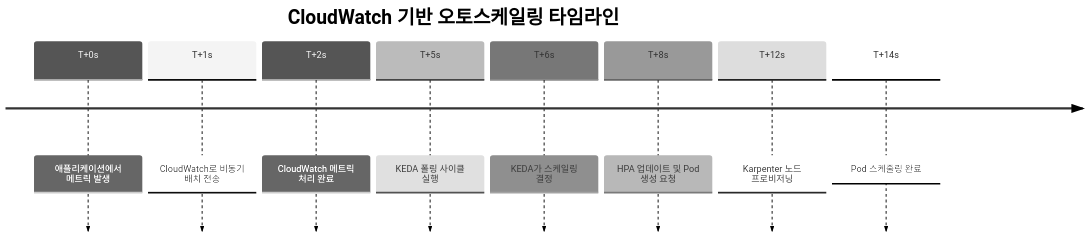
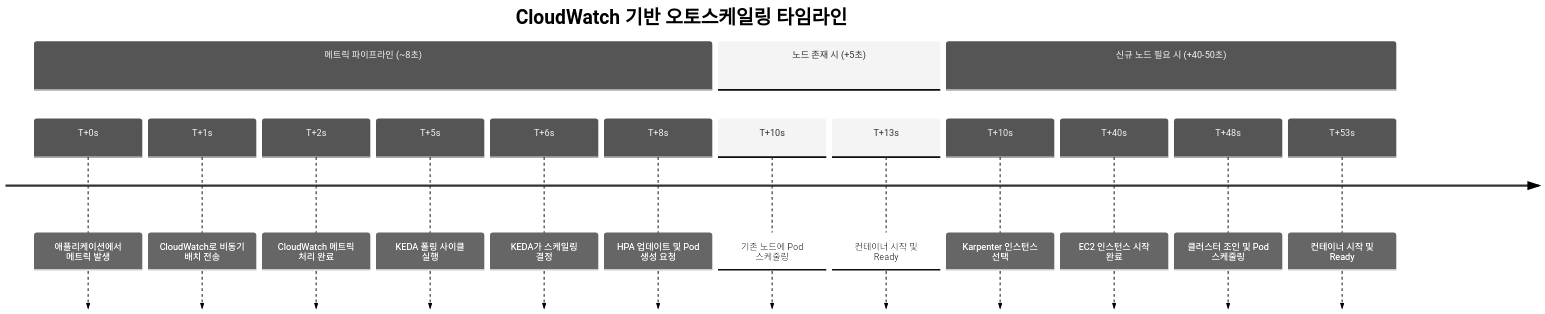
Before and after one commit to devfloor9/engineering-playbook: the sixth of 33 diagrams in docs/infrastructure-optimization/karpenter-autoscaling.md, drawn with Mermaid (neutral theme). The commit also changed other lines of this file and 43 other files, not shown here.

````diff
--- a/docs/infrastructure-optimization/karpenter-autoscaling.md
+++ b/docs/infrastructure-optimization/karpenter-autoscaling.md
@@ -185,13 +407,22 @@
 ```mermaid
 timeline
     title CloudWatch 기반 오토스케일링 타임라인
 
-    T+0s  : 애플리케이션에서 메트릭 발생
-    T+1s  : CloudWatch로 비동기 배치 전송
-    T+2s  : CloudWatch 메트릭 처리 완료
-    T+5s  : KEDA 폴링 사이클 실행
-    T+6s  : KEDA가 스케일링 결정
-    T+8s  : HPA 업데이트 및 Pod 생성 요청
-    T+12s : Karpenter 노드 프로비저닝
-    T+14s : Pod 스케줄링 완료
+    section 메트릭 파이프라인 (~8초)
+        T+0s  : 애플리케이션에서 메트릭 발생
+        T+1s  : CloudWatch로 비동기 배치 전송
+        T+2s  : CloudWatch 메트릭 처리 완료
+        T+5s  : KEDA 폴링 사이클 실행
+        T+6s  : KEDA가 스케일링 결정
+        T+8s  : HPA 업데이트 및 Pod 생성 요청
+
+    section 노드 존재 시 (+5초)
+        T+10s : 기존 노드에 Pod 스케줄링
+        T+13s : 컨테이너 시작 및 Ready
+
+    section 신규 노드 필요 시 (+40-50초)
+        T+10s : Karpenter 인스턴스 선택
+        T+40s : EC2 인스턴스 시작 완료
+        T+48s : 클러스터 조인 및 Pod 스케줄링
+        T+53s : 컨테이너 시작 및 Ready
 ```
````
